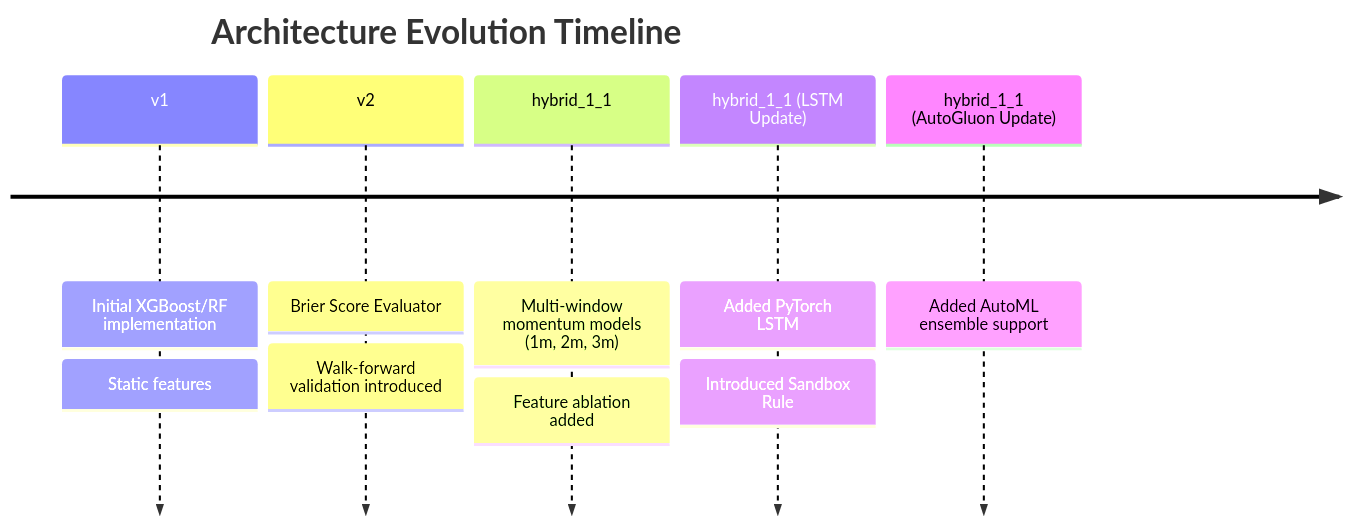
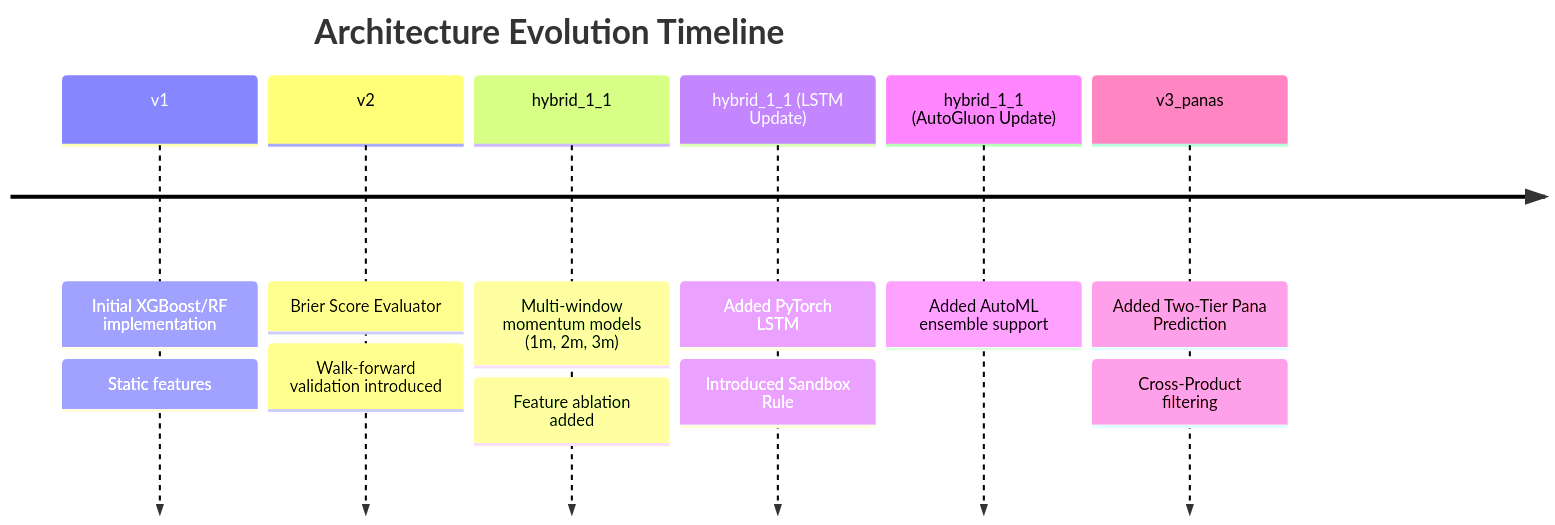
The diagram in MODEL_HISTORY.md (sagarsinde/ultimate_predictor), drawn with Mermaid before and after one commit. The commit also changed other lines of this file and 9 other files, not shown here.

Commit message:
Implement Two-Tier Pana Predictions in dedicated panas folder

````diff
--- a/MODEL_HISTORY.md
+++ b/MODEL_HISTORY.md
@@ -5,9 +5,10 @@
 ```mermaid
 timeline
     title Architecture Evolution Timeline
     v1 : Initial XGBoost/RF implementation : Static features
     v2 : Brier Score Evaluator : Walk-forward validation introduced
     hybrid_1_1 : Multi-window momentum models (1m, 2m, 3m) : Feature ablation added
     hybrid_1_1 (LSTM Update) : Added PyTorch LSTM : Introduced Sandbox Rule
     hybrid_1_1 (AutoGluon Update) : Added AutoML ensemble support
+    v3_panas : Added Two-Tier Pana Prediction : Cross-Product filtering
 ```
````
